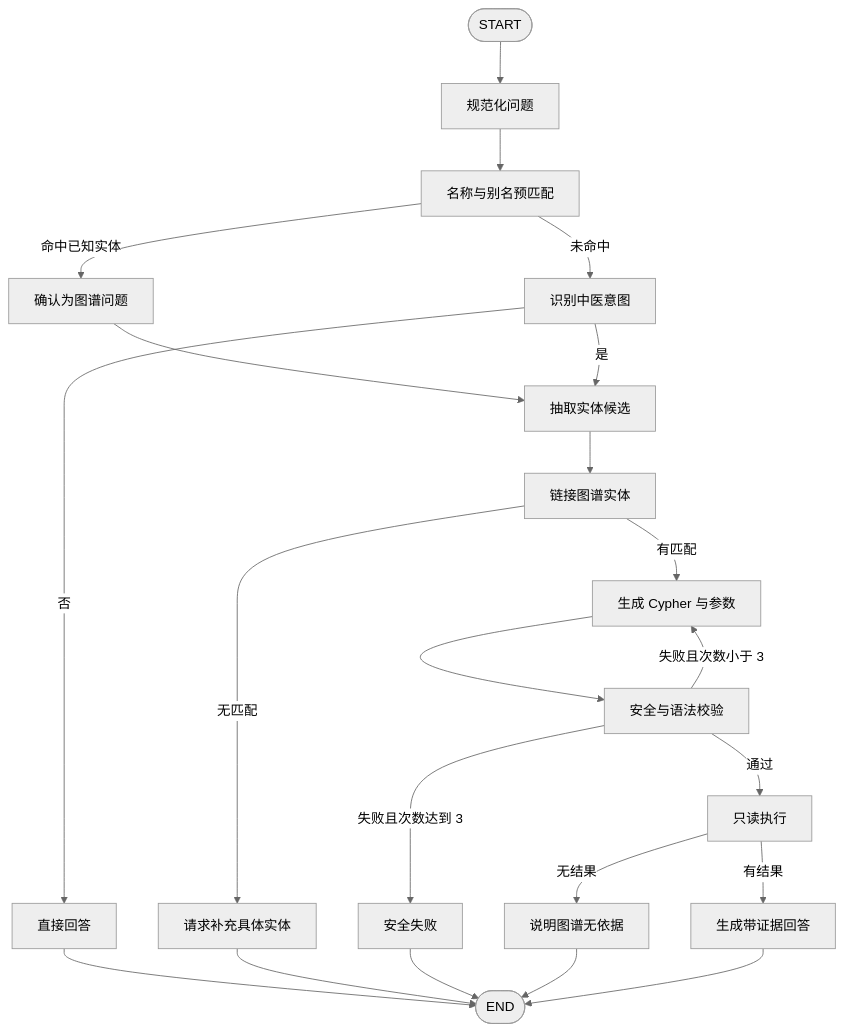
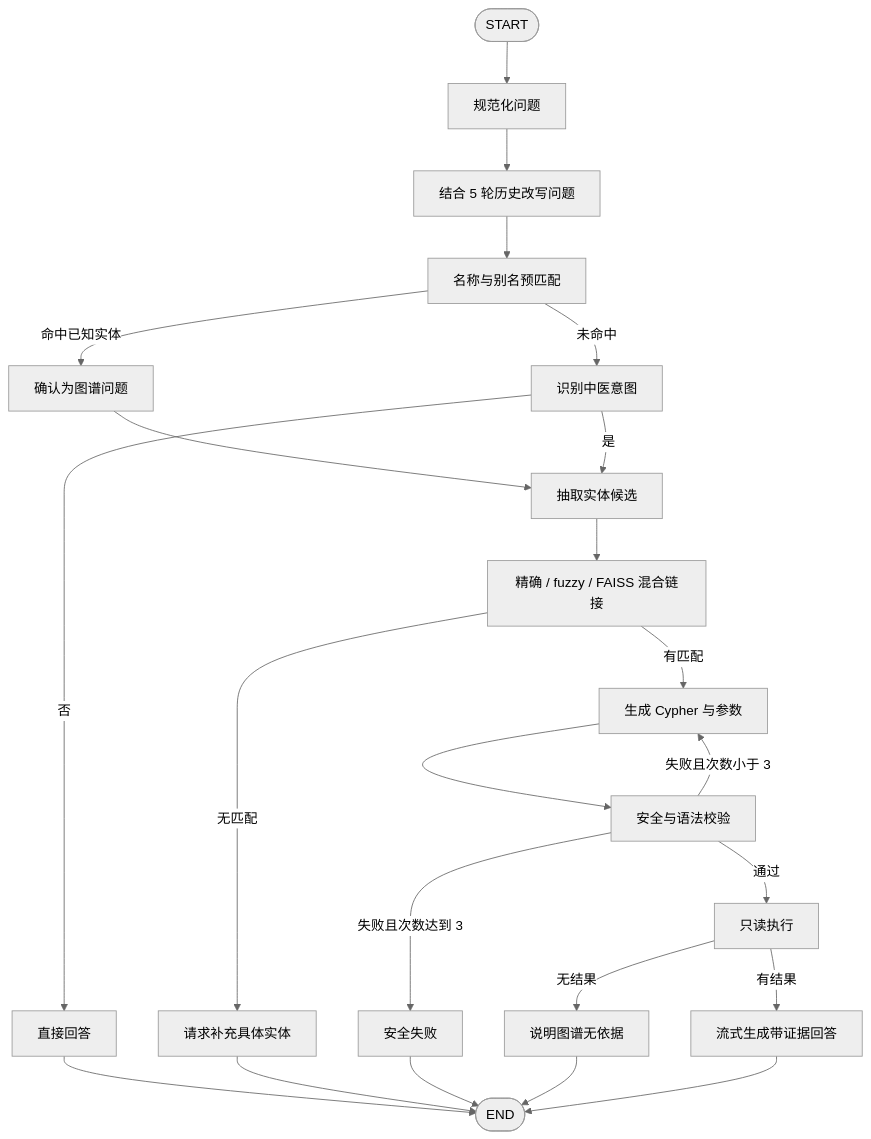
One commit to zhongzubin/Chinese_medicine_knowledgegraph changed the second of 2 diagrams in docs/graph_qa/architecture.md. Above: the diagram before and after it, drawn with Mermaid (neutral theme). The commit also changed other lines of this file and 5 other files, not shown here.

Commit message:
docs(graph_qa): synchronize current M1-M4 status

````diff
--- a/docs/graph_qa/architecture.md
+++ b/docs/graph_qa/architecture.md
@@ -96,24 +110,25 @@
 ```mermaid
 flowchart TD
     Start([START]) --> Normalize[规范化问题]
-    Normalize --> Prelink[名称与别名预匹配]
+    Normalize --> Rewrite[结合 5 轮历史改写问题]
+    Rewrite --> Prelink[名称与别名预匹配]
     Prelink -->|命中已知实体| KnownIntent[确认为图谱问题]
     Prelink -->|未命中| Intent[识别中医意图]
     KnownIntent --> Extract[抽取实体候选]
     Intent -->|否| Direct[直接回答]
     Intent -->|是| Extract[抽取实体候选]
-    Extract --> Link[链接图谱实体]
+    Extract --> Link[精确 / fuzzy / FAISS 混合链接]
     Link -->|无匹配| Clarify[请求补充具体实体]
     Link -->|有匹配| Plan[生成 Cypher 与参数]
     Plan --> Validate[安全与语法校验]
     Validate -->|通过| Execute[只读执行]
     Validate -->|失败且次数小于 3| Plan
     Validate -->|失败且次数达到 3| SafeFail[安全失败]
     Execute -->|无结果| NoEvidence[说明图谱无依据]
-    Execute -->|有结果| Answer[生成带证据回答]
+    Execute -->|有结果| Answer[流式生成带证据回答]
     Direct --> End([END])
     Clarify --> End
     SafeFail --> End
     NoEvidence --> End
     Answer --> End
 ```
````
